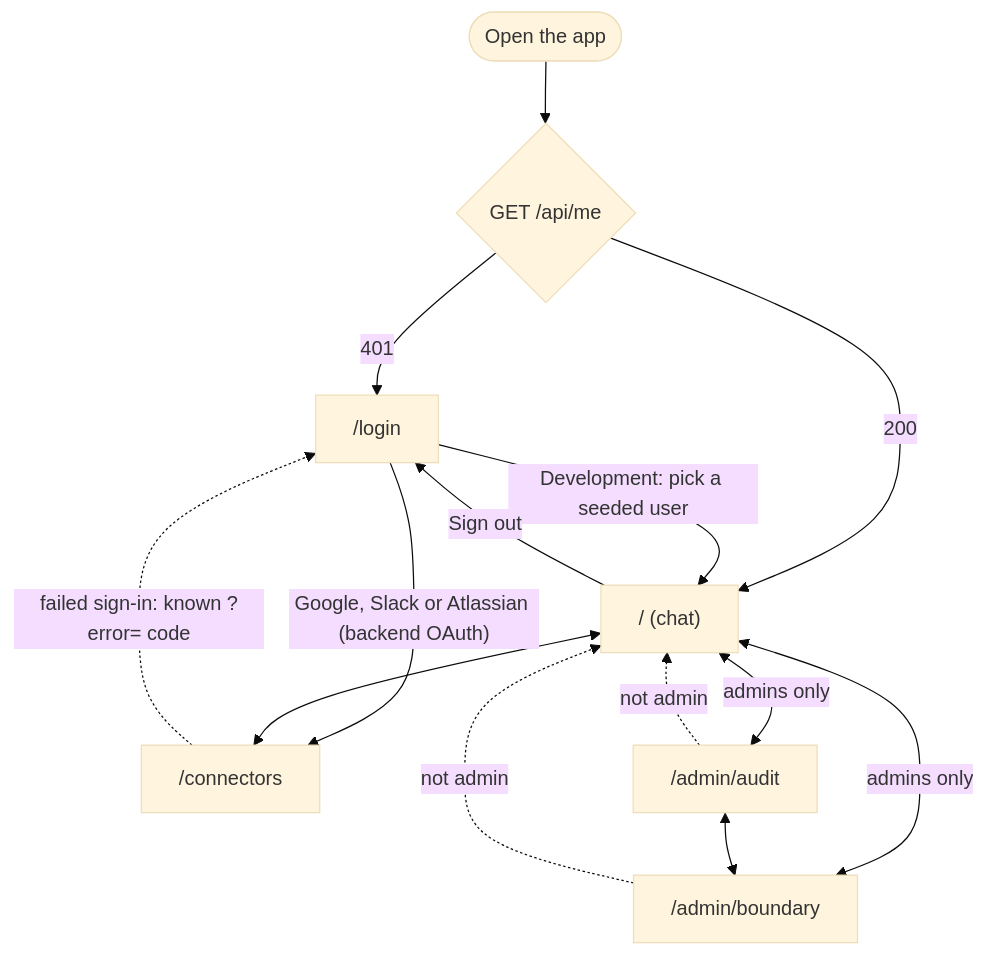
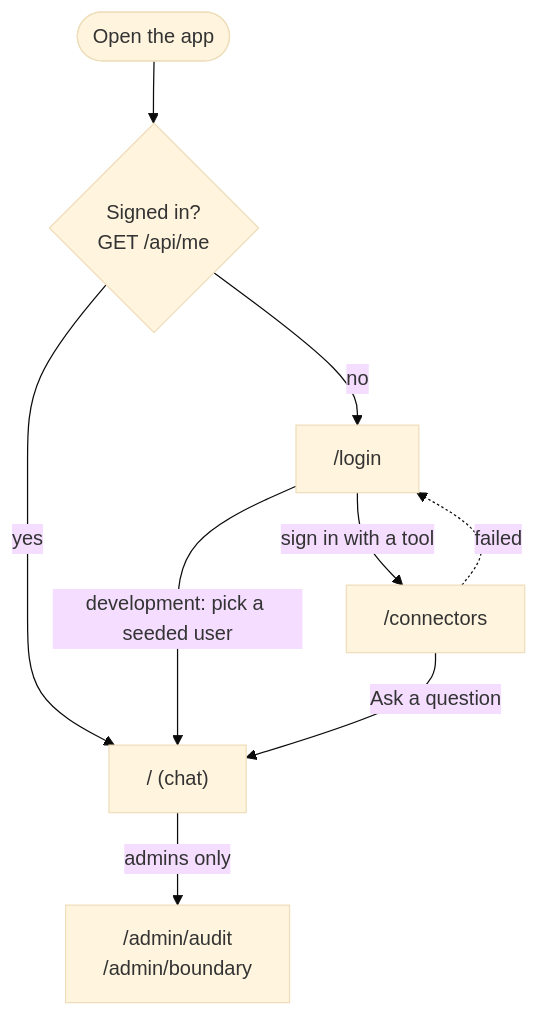
Before and after one commit to gabriel-wan/tencent-hackathon-fintech: the diagram in docs/architecture/FRONTEND.md, drawn with Mermaid (base theme). The commit also changed other lines of this file and 1 other file, not shown here.

Commit message:
docs: redraw the diagrams so arrows join boxes instead of crossing them
On GitHub, arrows into grouped boxes ran straight through the group's
title, and the trust boundary looped a long arrow back to the top. Fixes:
- trust boundary: no group boxes; the gates are orange and the LLM's side
  green, it reads top to bottom, and the audit record sits just before
  the reply (as in the code, which commits it first);
- the parts: only the five containers and the outside services, with the
  backend's modules listed in a table instead of drawn inside it;
- sync: top to bottom instead of seven boxes in one row;
- the frontend page map: one box for both admin pages, one-way arrows,
  and short labels so none overlap;
- the flowcharts allow wider lines, so labels don't wrap mid-phrase.

Every diagram was rendered with Mermaid 11 and checked by eye.

````diff
--- a/docs/architecture/FRONTEND.md
+++ b/docs/architecture/FRONTEND.md
@@ -30,16 +30,12 @@
 ```mermaid
+%%{init: {"flowchart": {"wrappingWidth": 360}}}%%
 flowchart TD
-    START(["Open the app"]) --> ME{"GET /api/me"}
-    ME -->|"401"| LOGIN["/login"]
-    ME -->|"200"| CHAT["/ (chat)"]
-    LOGIN -->|"Development: pick a seeded user"| CHAT
-    LOGIN -->|"Google, Slack or Atlassian (backend OAuth)"| CONN["/connectors"]
-    CONN -.->|"failed sign-in: known ?error= code"| LOGIN
-    CHAT <--> CONN
-    CHAT <-->|"admins only"| AUDIT["/admin/audit"]
-    CHAT <-->|"admins only"| BOUND["/admin/boundary"]
-    AUDIT <--> BOUND
-    CHAT -->|"Sign out"| LOGIN
-    AUDIT -.->|"not admin"| CHAT
-    BOUND -.->|"not admin"| CHAT
+    START(["Open the app"]) --> ME{"Signed in?<br/>GET /api/me"}
+    ME -->|"no"| LOGIN["/login"]
+    ME -->|"yes"| CHAT["/ (chat)"]
+    LOGIN -->|"development: pick a seeded user"| CHAT
+    LOGIN -->|"sign in with a tool"| CONN["/connectors"]
+    CONN -.->|"failed"| LOGIN
+    CONN -->|"Ask a question"| CHAT
+    CHAT -->|"admins only"| ADMIN["/admin/audit<br/>/admin/boundary"]
 ```
````
